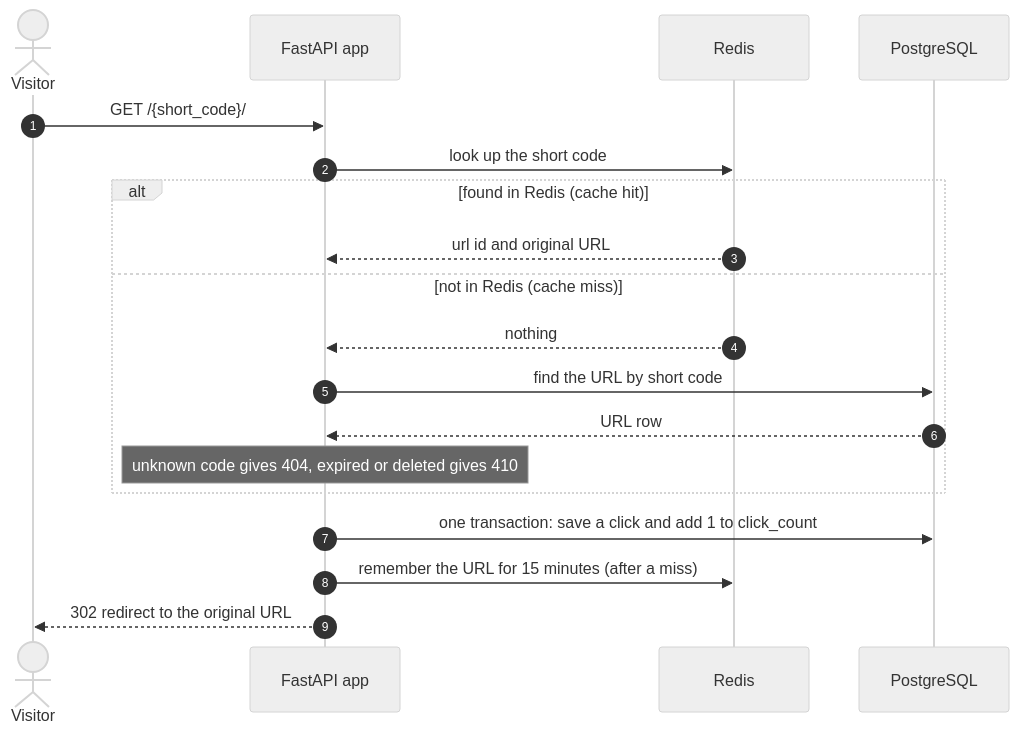
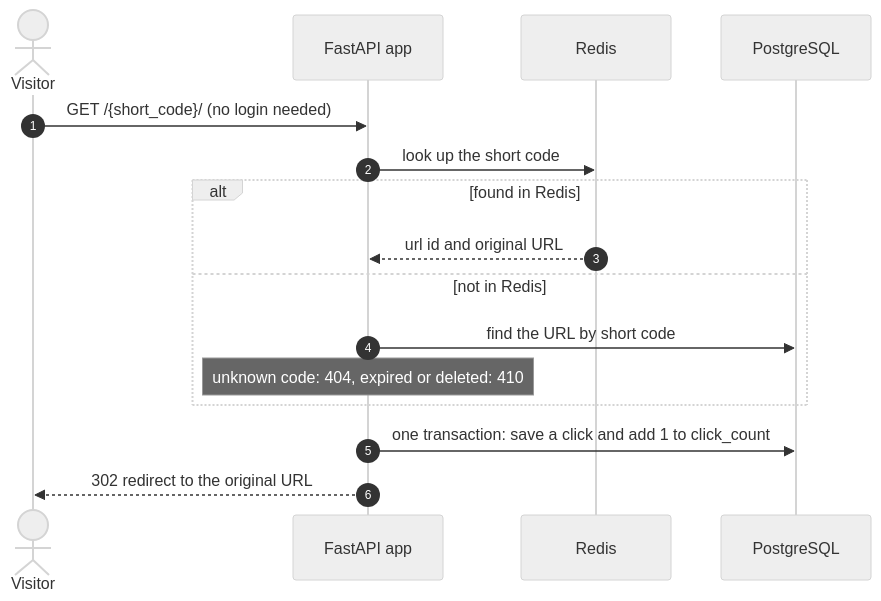
The second of 4 diagrams in README.md (Aline-CROIRE/url-shortener-fastapi), drawn with Mermaid (neutral theme) before and after one commit. The commit also changed other lines of this file, not shown here.

````diff
--- a/README.md
+++ b/README.md
@@ -76,22 +113,19 @@
 ```mermaid
 sequenceDiagram
     autonumber
     actor visitor as Visitor
     participant app as FastAPI app
     participant redis as Redis
     participant db as PostgreSQL
 
-    visitor->>app: GET /{short_code}/
+    visitor->>app: GET /{short_code}/ (no login needed)
     app->>redis: look up the short code
-    alt found in Redis (cache hit)
+    alt found in Redis
         redis-->>app: url id and original URL
-    else not in Redis (cache miss)
-        redis-->>app: nothing
+    else not in Redis
         app->>db: find the URL by short code
-        db-->>app: URL row
-        Note over app: unknown code gives 404, expired or deleted gives 410
+        Note over app: unknown code: 404, expired or deleted: 410
     end
     app->>db: one transaction: save a click and add 1 to click_count
-    app->>redis: remember the URL for 15 minutes (after a miss)
     app-->>visitor: 302 redirect to the original URL
 ```
````
